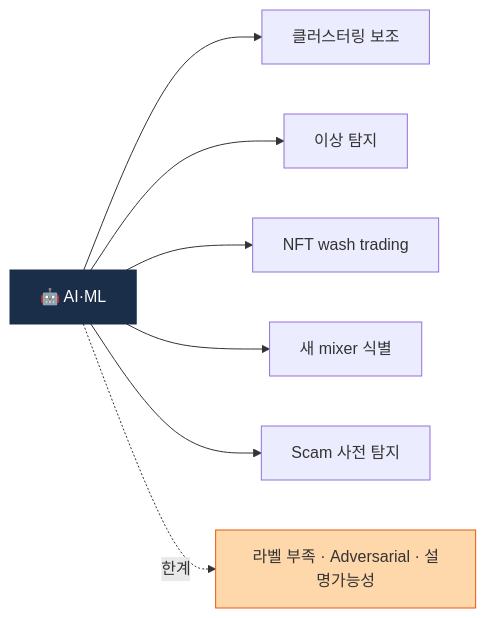
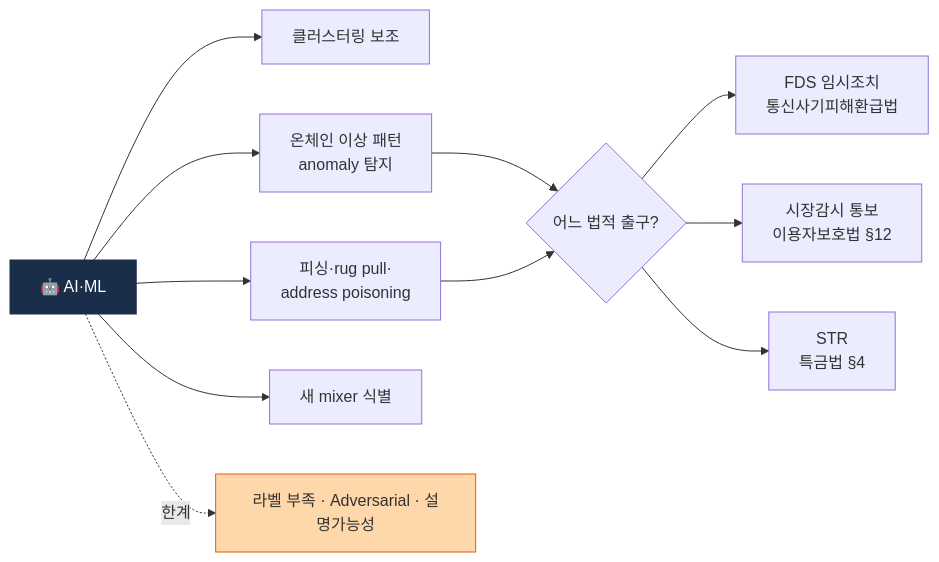
One commit to lala-david/aml-notes changed the first of 2 diagrams in curriculum/day_57.md. Above: the diagram before and after it, drawn with Mermaid. The commit also changed other lines of this file and 233 other files, not shown here.

````diff
--- a/curriculum/day_57.md
+++ b/curriculum/day_57.md
@@ -13,11 +13,15 @@
 ```mermaid
 flowchart LR
     ML["🤖 AI·ML"] --> C["클러스터링 보조"]
-    ML --> I["이상 탐지"]
-    ML --> W["NFT wash trading"]
+    ML --> A["온체인 이상 패턴<br/>anomaly 탐지"]
+    ML --> P["피싱·rug pull·<br/>address poisoning"]
     ML --> N["새 mixer 식별"]
-    ML --> S["Scam 사전 탐지"]
+    A --> OUT{"어느 법적 출구?"}
+    P --> OUT
+    OUT --> F["FDS 임시조치<br/>통신사기피해환급법"]
+    OUT --> M["시장감시 통보<br/>이용자보호법 §12"]
+    OUT --> S["STR<br/>특금법 §4"]
     ML -.한계.-> L["라벨 부족 · Adversarial · 설명가능성"]
     style ML fill:#1a2e4a,color:#fff,stroke:#1a2e4a
     style L fill:#fed7aa,stroke:#ea580c
 ```
````
